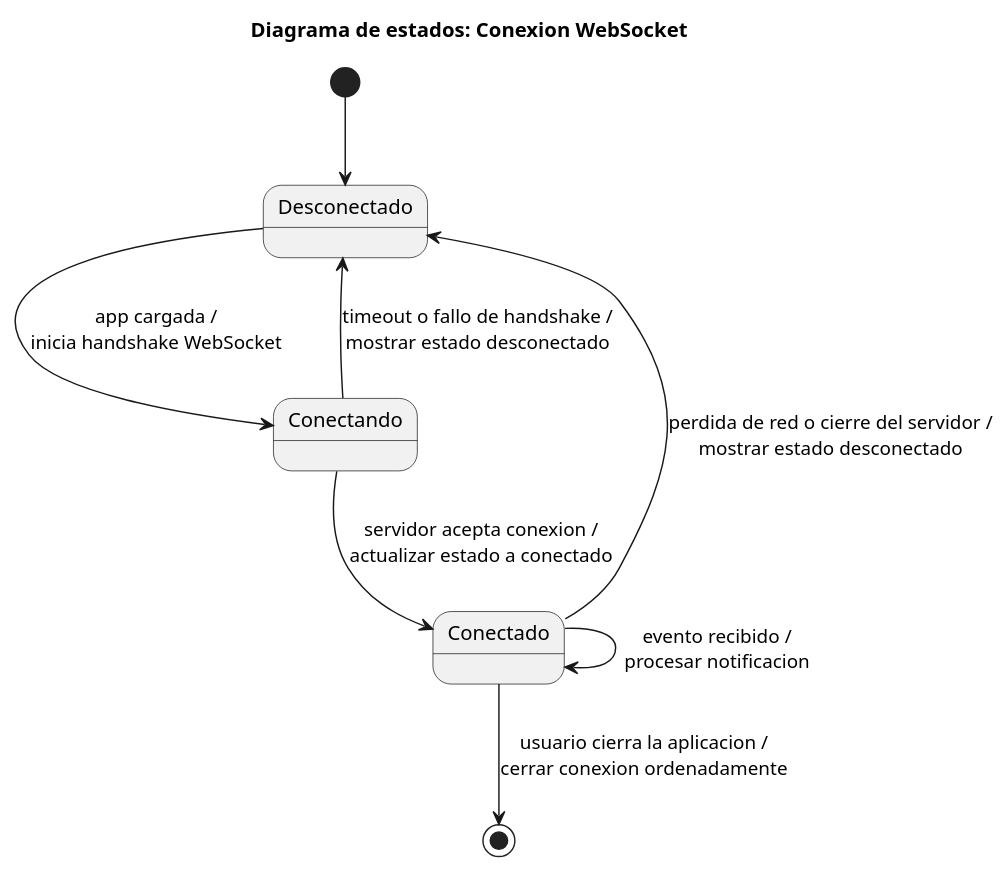
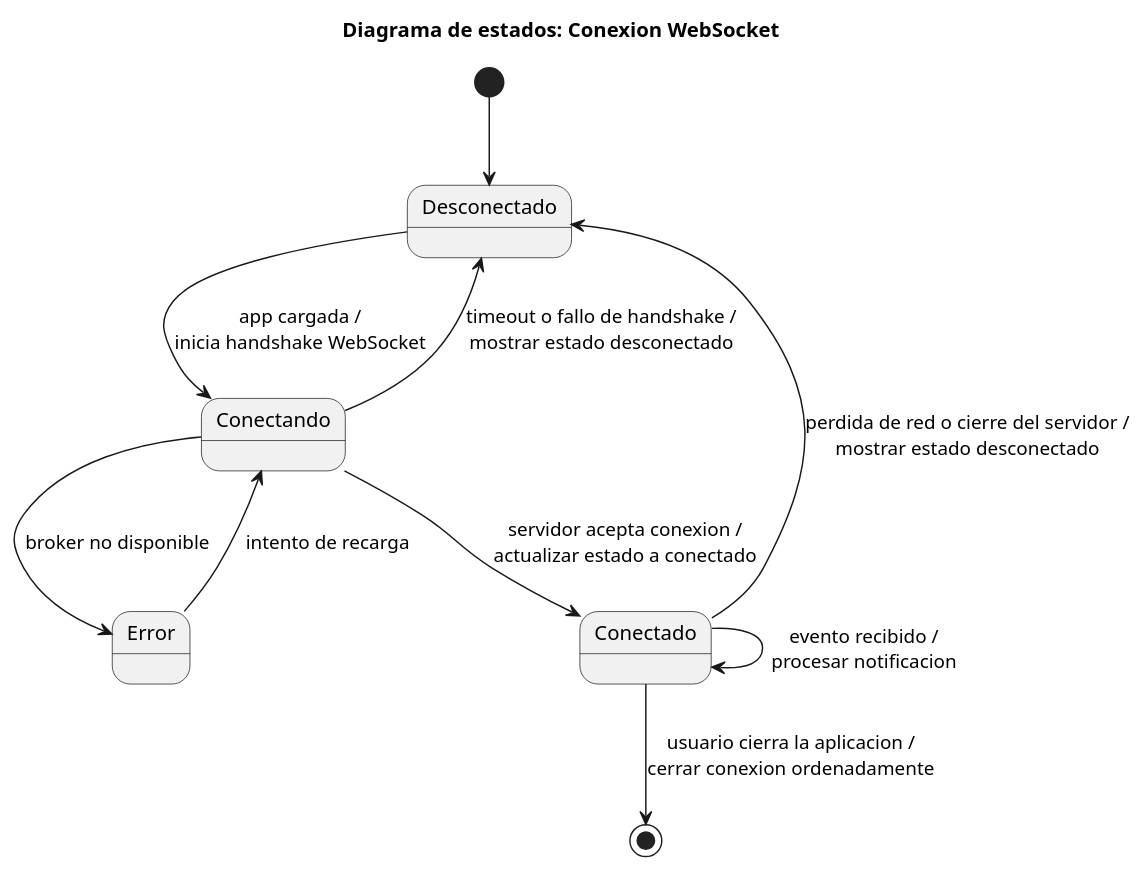
The diagram in codigoFuente/conexionWebsocket.puml (RaulPlayo/TFG-RaulPelayoParaja), drawn with PlantUML before and after one commit. The commit also changed 5 other files, not shown here.

```diff
--- a/codigoFuente/conexionWebsocket.puml
+++ b/codigoFuente/conexionWebsocket.puml
@@ -1,12 +1,15 @@
 @startuml
 title Diagrama de estados: Conexion WebSocket
 
 [*] --> Desconectado
 
 Desconectado --> Conectando : app cargada /\ninicia handshake WebSocket
 Conectando --> Desconectado : timeout o fallo de handshake /\nmostrar estado desconectado
 Conectando --> Conectado : servidor acepta conexion /\nactualizar estado a conectado
 Conectado --> Desconectado : perdida de red o cierre del servidor /\nmostrar estado desconectado
 Conectado --> Conectado : evento recibido /\nprocesar notificacion
 Conectado --> [*] : usuario cierra la aplicacion /\ncerrar conexion ordenadamente
+Conectando --> Error :  broker no disponible
+Error --> Conectando : intento de recarga
+
 @enduml
```
